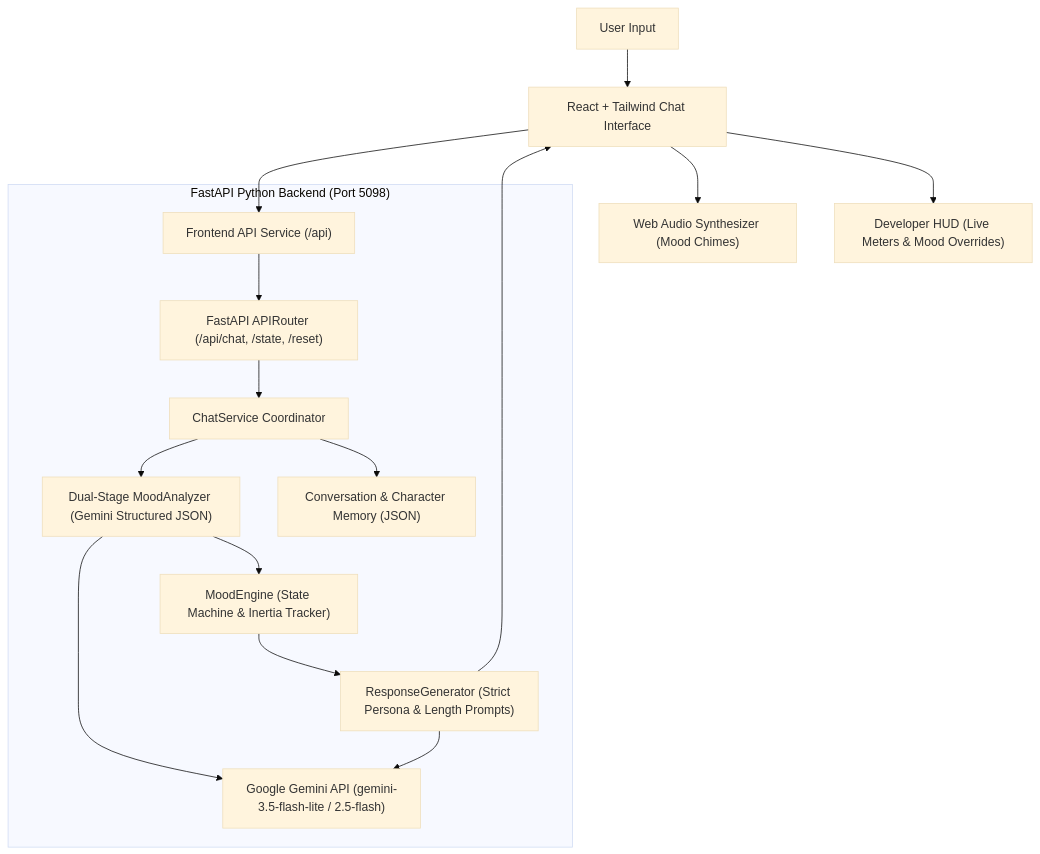
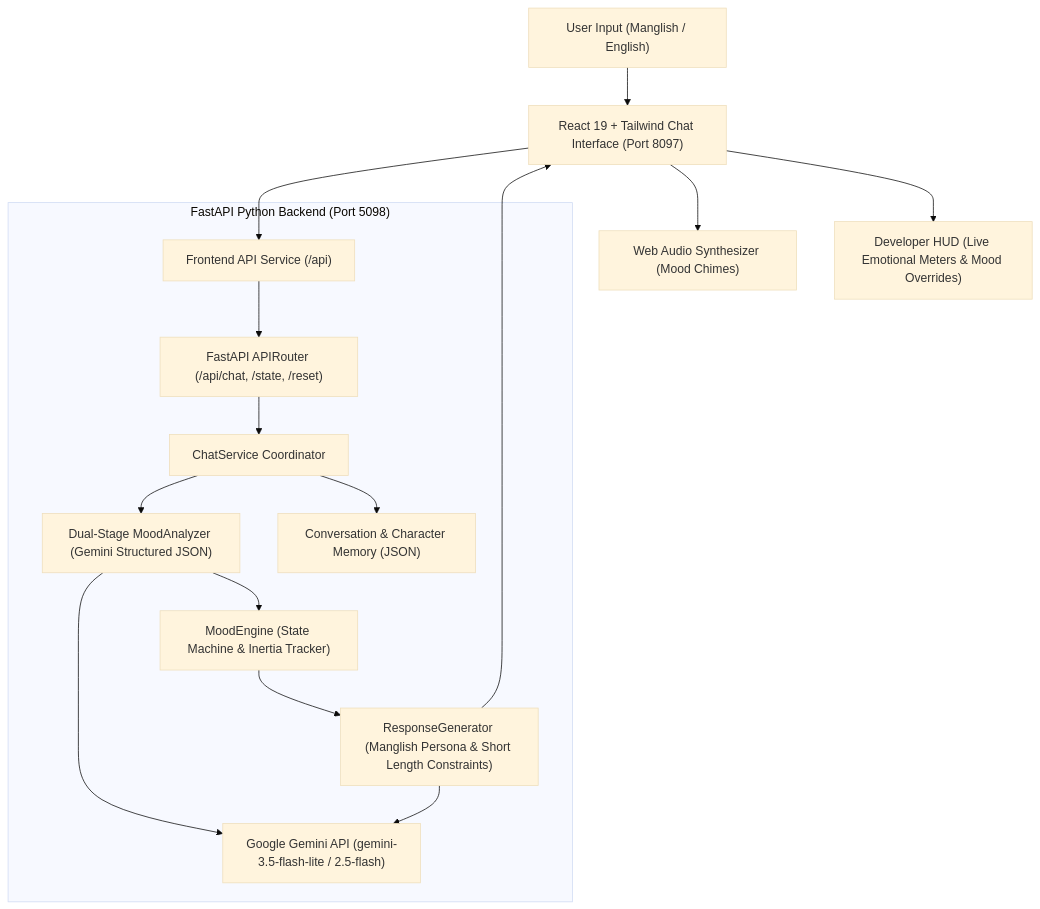
Before and after one commit to Sajeevbkk/useless_project_temp: the diagram in README.md, drawn with Mermaid (base theme). The commit also changed other lines of this file and 3 other files, not shown here.

````diff
--- a/README.md
+++ b/README.md
@@ -45,23 +130,23 @@
 ```mermaid
 flowchart TD
-    User["User Input"] --> UI["React + Tailwind Chat Interface"]
+    User["User Input (Manglish / English)"] --> UI["React 19 + Tailwind Chat Interface (Port 8097)"]
     UI --> Audio["Web Audio Synthesizer (Mood Chimes)"]
     UI --> APIClient["Frontend API Service (/api)"]
     
     subgraph Backend ["FastAPI Python Backend (Port 5098)"]
         APIClient --> Router["FastAPI APIRouter (/api/chat, /state, /reset)"]
         Router --> ChatService["ChatService Coordinator"]
         
         ChatService --> MoodAnalyzer["Dual-Stage MoodAnalyzer (Gemini Structured JSON)"]
         MoodAnalyzer --> GeminiAPI["Google Gemini API (gemini-3.5-flash-lite / 2.5-flash)"]
         
         MoodAnalyzer --> MoodEngine["MoodEngine (State Machine & Inertia Tracker)"]
-        MoodEngine --> RespGen["ResponseGenerator (Strict Persona & Length Prompts)"]
+        MoodEngine --> RespGen["ResponseGenerator (Manglish Persona & Short Length Constraints)"]
         RespGen --> GeminiAPI
         
         ChatService --> Mem["Conversation & Character Memory (JSON)"]
     end
     
     RespGen --> UI
-    UI --> DevHUD["Developer HUD (Live Meters & Mood Overrides)"]
+    UI --> DevHUD["Developer HUD (Live Emotional Meters & Mood Overrides)"]
 ```
````
